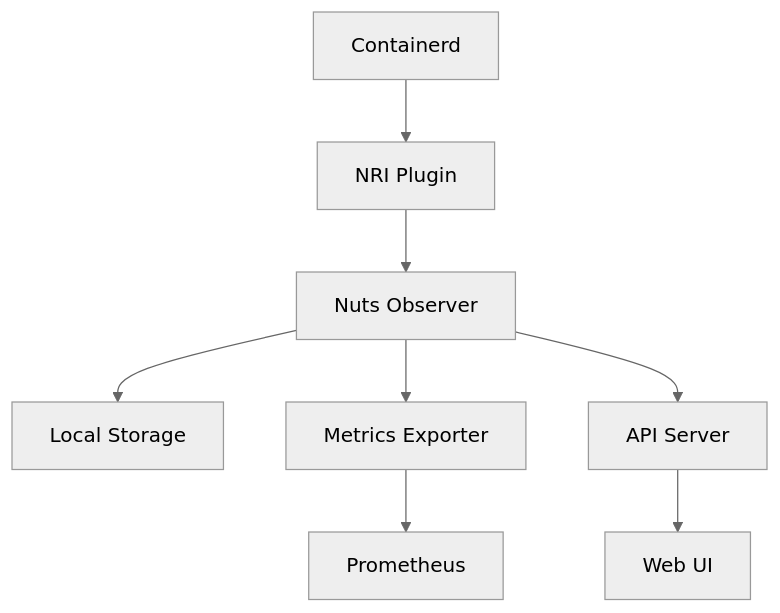
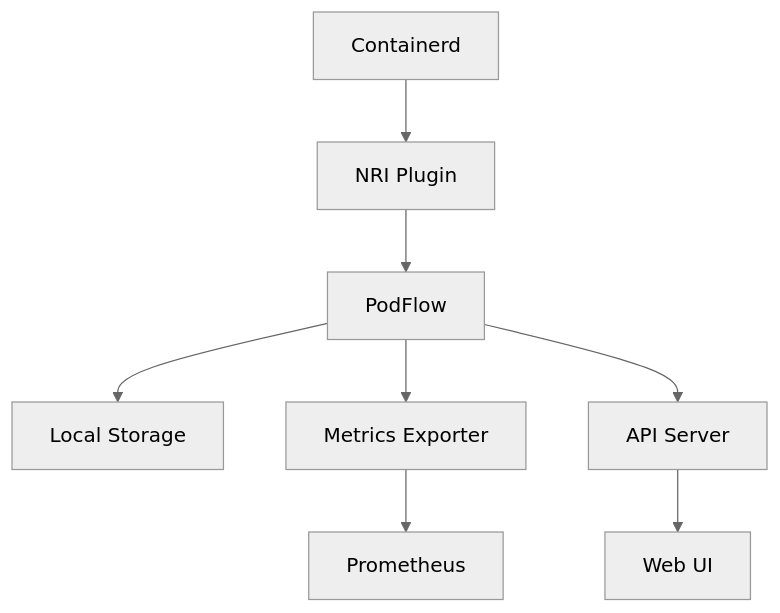
Before and after one commit to TDnorthgarden/PodFlow: the first of 2 diagrams in docs/PRODUCTION_DEPLOYMENT_OPERATIONS_MANUAL.md, drawn with Mermaid (neutral theme). The commit also changed other lines of this file and 89 other files, not shown here.

````diff
--- a/docs/PRODUCTION_DEPLOYMENT_OPERATIONS_MANUAL.md
+++ b/docs/PRODUCTION_DEPLOYMENT_OPERATIONS_MANUAL.md
@@ -90,10 +90,10 @@
 ```mermaid
 graph TB
     A[Containerd] --> B[NRI Plugin]
-    B --> C[Nuts Observer]
+    B --> C[PodFlow]
     C --> D[Local Storage]
     C --> E[Metrics Exporter]
     E --> F[Prometheus]
     C --> G[API Server]
     G --> H[Web UI]
 ```
````
